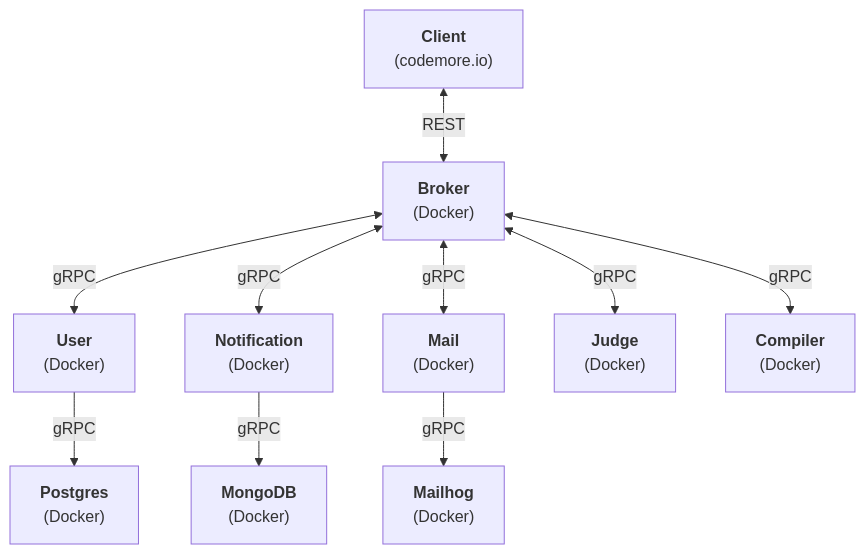
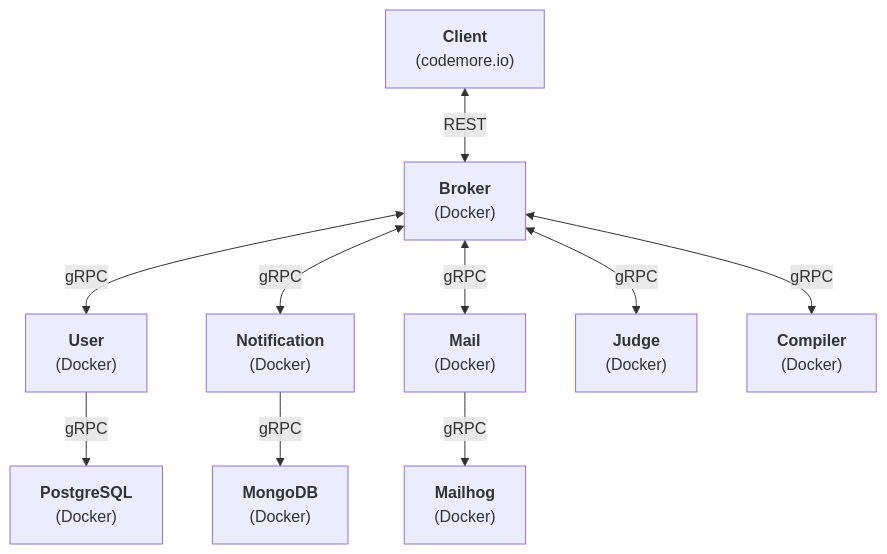
One commit to abyanmajid/picco changed the diagram in README.md. Above: the diagram before and after it, drawn with Mermaid.

Commit message:
refactor: readme.md

````diff
--- a/README.md
+++ b/README.md
@@ -21,12 +21,12 @@
 ```mermaid
 graph TD
     Client["<b>Client</b><br>(codemore.io)"] <-->|REST| Broker["<b>Broker</b><br>(Docker)"]
     Broker <-->|gRPC| User["<b>User</b><br>(Docker)"]
     Broker <-->|gRPC| Notification["<b>Notification</b><br>(Docker)"]
     Broker <-->|gRPC| Mail["<b>Mail</b><br>(Docker)"]
     Broker <-->|gRPC| Judge["<b>Judge</b><br>(Docker)"]
     Broker <-->|gRPC| Compiler["<b>Compiler</b><br>(Docker)"]
-    User -->|gRPC| Postgres["<b>Postgres</b><br>(Docker)"]
+    User -->|gRPC| PostgreSQL["<b>PostgreSQL</b><br>(Docker)"]
     Notification -->|gRPC| MongoDB["<b>MongoDB</b><br>(Docker)"]
     Mail -->|gRPC| Mailhog["<b>Mailhog</b><br>(Docker)"]
 ```
````
